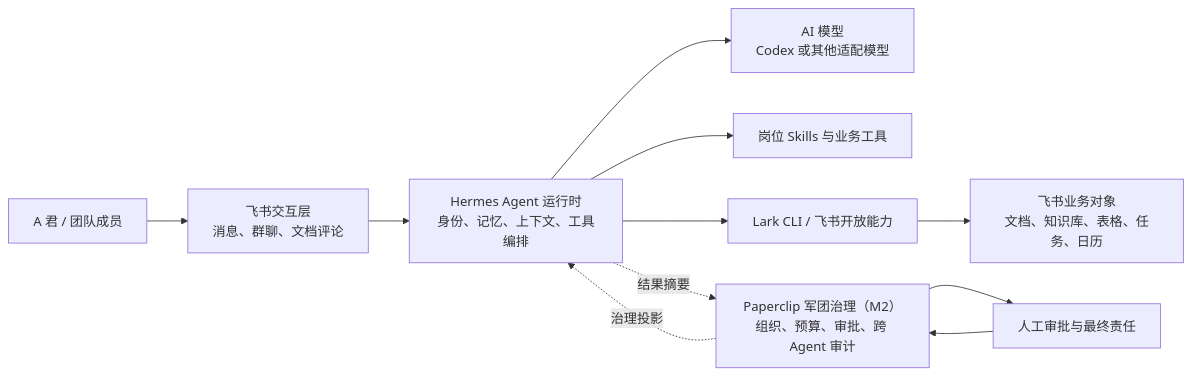
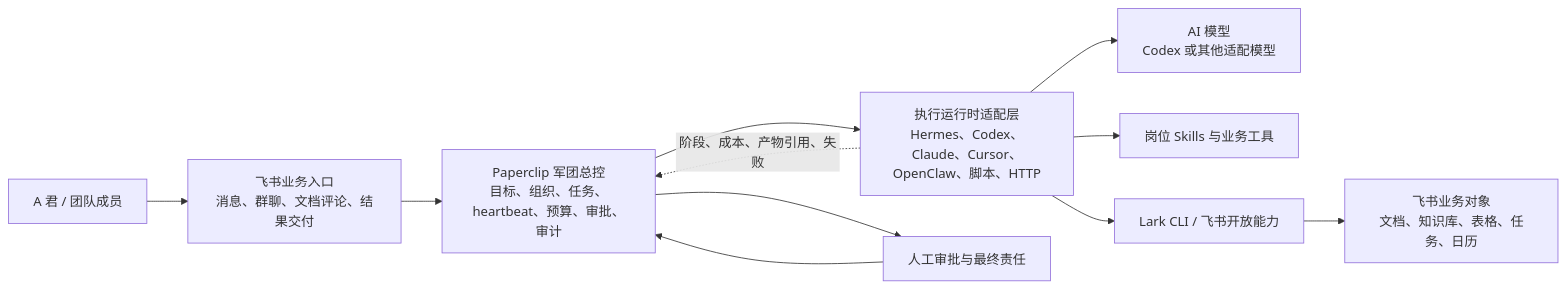
One commit to kileroppo/agent-agent changed the diagram in docs/Agent军团项目说明.md. Above: the diagram before and after it, drawn with Mermaid. The commit also changed other lines of this file and 94 other files, not shown here.

````diff
--- a/docs/Agent军团项目说明.md
+++ b/docs/Agent军团项目说明.md
@@ -65,13 +65,13 @@
 ```mermaid
 flowchart LR
-    U["A 君 / 团队成员"] --> FC["飞书交互层<br/>消息、群聊、文档评论"]
-    FC --> RT["Hermes Agent 运行时<br/>身份、记忆、上下文、工具编排"]
+    U["A 君 / 团队成员"] --> FC["飞书业务入口<br/>消息、群聊、文档评论、结果交付"]
+    FC --> PC["Paperclip 军团总控<br/>目标、组织、任务、heartbeat、预算、审批、审计"]
+    PC --> RT["执行运行时适配层<br/>Hermes、Codex、Claude、Cursor、OpenClaw、脚本、HTTP"]
     RT --> M["AI 模型<br/>Codex 或其他适配模型"]
     RT --> SK["岗位 Skills 与业务工具"]
     RT --> LC["Lark CLI / 飞书开放能力"]
     LC --> FO["飞书业务对象<br/>文档、知识库、表格、任务、日历"]
-    PC["Paperclip 军团治理（M2）<br/>组织、预算、审批、跨 Agent 审计"] -.治理投影.-> RT
-    RT -.结果摘要.-> PC
+    RT -.阶段、成本、产物引用、失败.-> PC
     H["人工审批与最终责任"] --> PC
     PC --> H
 ```
````
